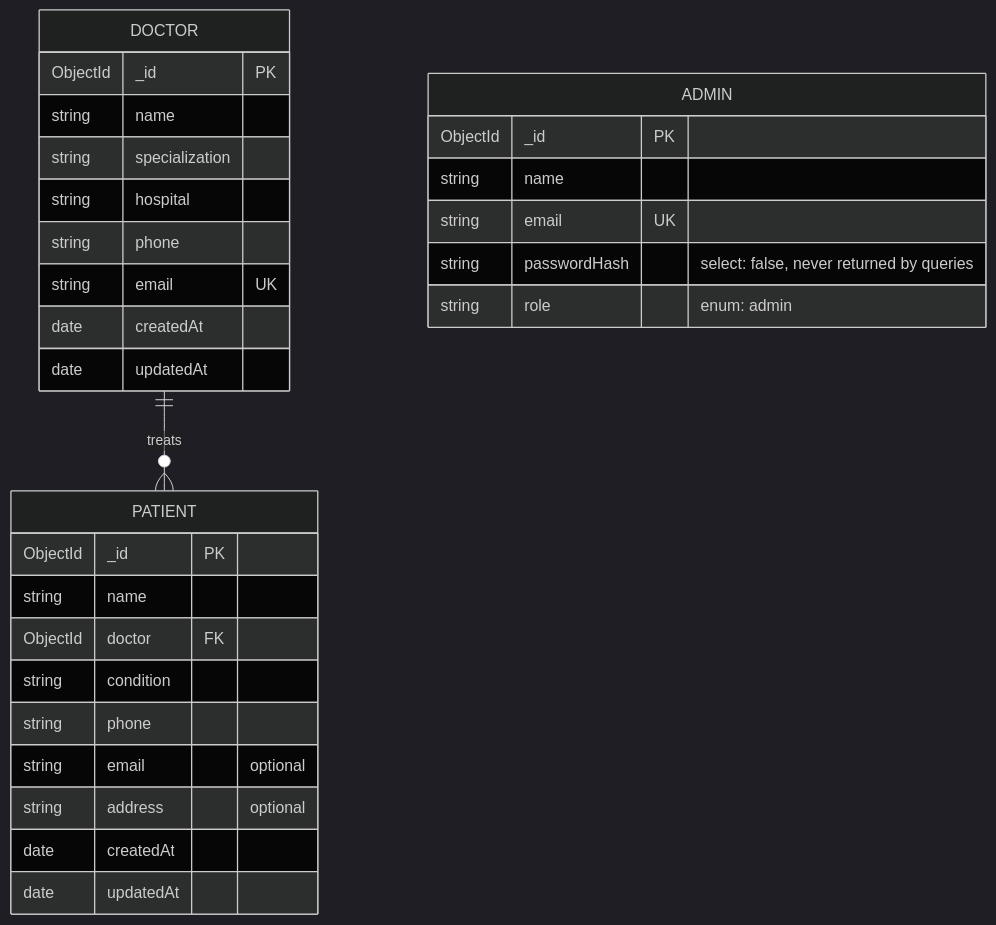
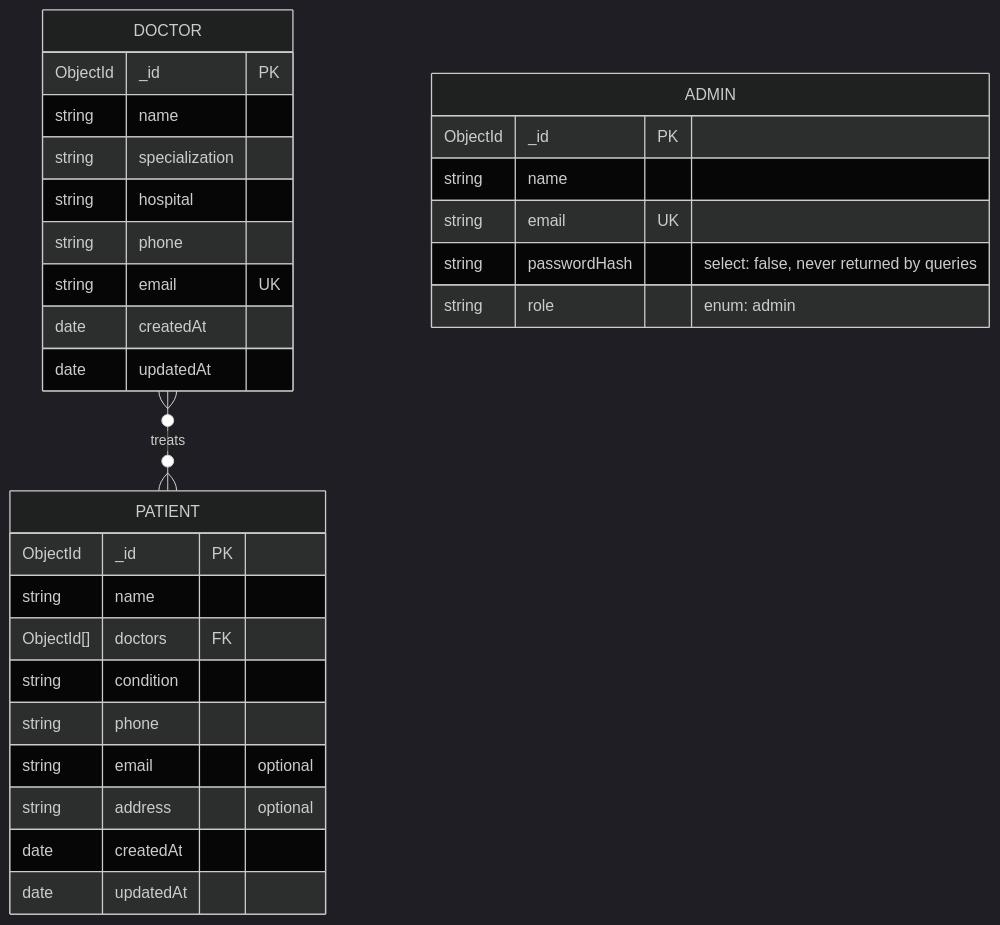
The second of 2 diagrams in README.md (FardinJahanBadhon/Doctor-Tracker), drawn with Mermaid (dark theme) before and after one commit. The commit also changed other lines of this file and 15 other files, not shown here.

````diff
--- a/README.md
+++ b/README.md
@@ -165,35 +165,35 @@
 ```mermaid
 erDiagram
-    DOCTOR ||--o{ PATIENT : "treats"
+    DOCTOR }o--o{ PATIENT : "treats"
 
     DOCTOR {
         ObjectId _id PK
         string name
         string specialization
         string hospital
         string phone
         string email UK
         date createdAt
         date updatedAt
     }
 
     PATIENT {
         ObjectId _id PK
         string name
-        ObjectId doctor FK
+        ObjectId[] doctors FK
         string condition
         string phone
         string email "optional"
         string address "optional"
         date createdAt
         date updatedAt
     }
 
     ADMIN {
         ObjectId _id PK
         string name
         string email UK
         string passwordHash "select: false, never returned by queries"
         string role "enum: admin"
     }
 ```
````
